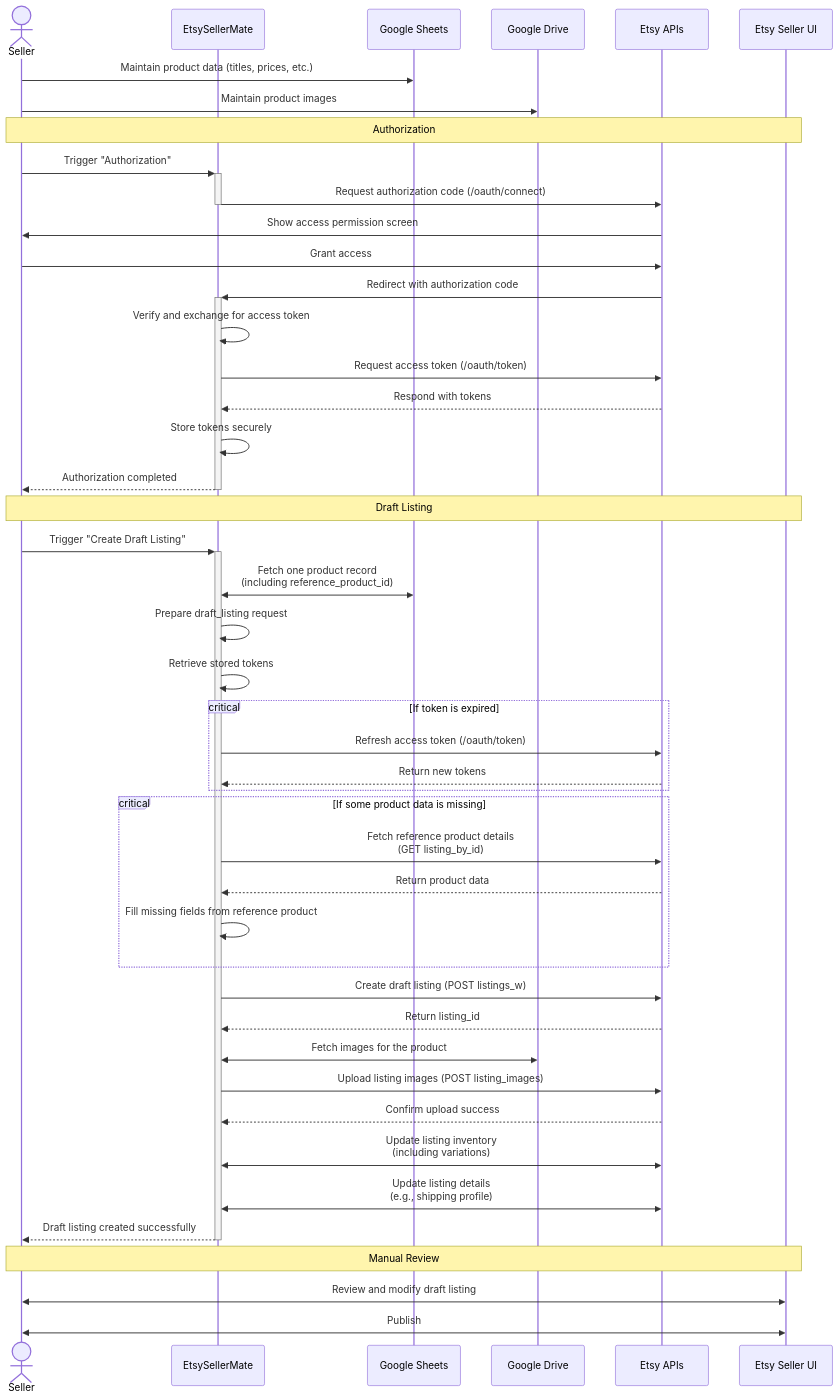
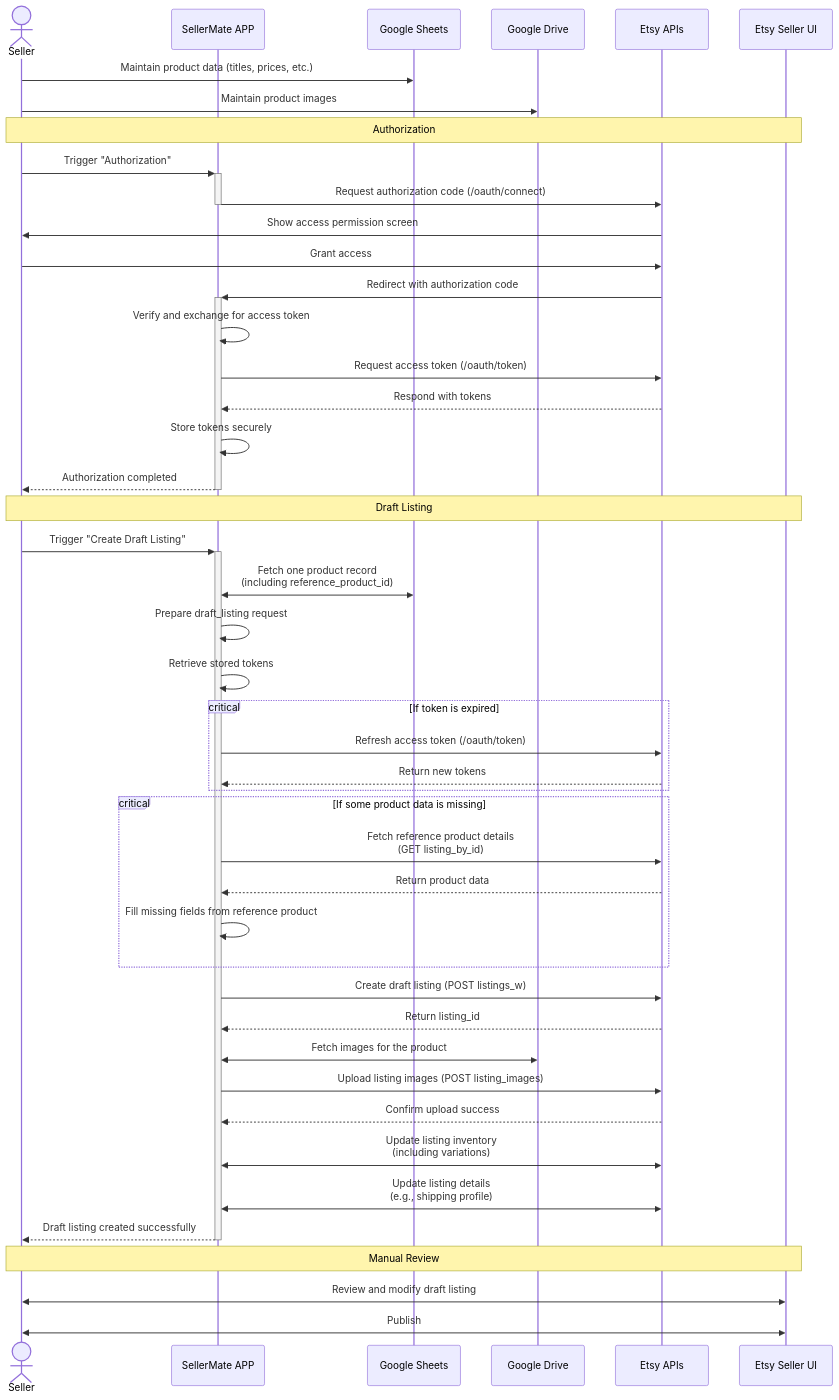
One commit to GhodasaraC/EtsySellerMate changed the diagram in README.md. Above: the diagram before and after it, drawn with Mermaid. The commit also changed other lines of this file, not shown here.

Commit message:
renamed the app

````diff
--- a/README.md
+++ b/README.md
@@ -41,51 +41,51 @@
 ```mermaid
 sequenceDiagram
     actor seller as Seller
-    participant app as EtsySellerMate
+    participant app as SellerMate APP
     participant sheets as Google Sheets
     participant drive as Google Drive
     participant etsy as Etsy APIs
     participant etsyui as Etsy Seller UI
 
     seller->>sheets: Maintain product data (titles, prices, etc.)
     seller->>drive: Maintain product images
 
     Note over seller,etsyui: Authorization
     seller->>+app: Trigger "Authorization"
     app->>-etsy: Request authorization code (/oauth/connect)
     etsy->>seller: Show access permission screen
     seller->>etsy: Grant access
     etsy->>+app: Redirect with authorization code
     app->>app: Verify and exchange for access token
     app->>etsy: Request access token (/oauth/token)
     etsy-->>app: Respond with tokens
     app->>app: Store tokens securely
     app-->>-seller: Authorization completed
 
     Note over seller,etsyui: Draft Listing
     seller->>+app: Trigger "Create Draft Listing"
     app<<->>sheets: Fetch one product record<br/>(including reference_product_id)
     app->>app: Prepare draft_listing request
     app->>app: Retrieve stored tokens
     critical If token is expired
         app->>etsy: Refresh access token (/oauth/token)
         etsy-->>app: Return new tokens
     end
     critical If some product data is missing
         app->>etsy: Fetch reference product details<br/>(GET listing_by_id)
         etsy-->>app: Return product data
         app->>app: Fill missing fields from reference product
     end
     app->>etsy: Create draft listing (POST listings_w)
     etsy-->>app: Return listing_id
     app<<->>drive: Fetch images for the product
     app->>etsy: Upload listing images (POST listing_images)
     etsy-->>app: Confirm upload success
     app<<->>etsy: Update listing inventory<br/>(including variations)
     app<<->>etsy: Update listing details<br/>(e.g., shipping profile)
     app-->>-seller: Draft listing created successfully
     
     Note over seller,etsyui: Manual Review
     seller<<->>etsyui: Review and modify draft listing
     seller<<->>etsyui: Publish
 ```
````
